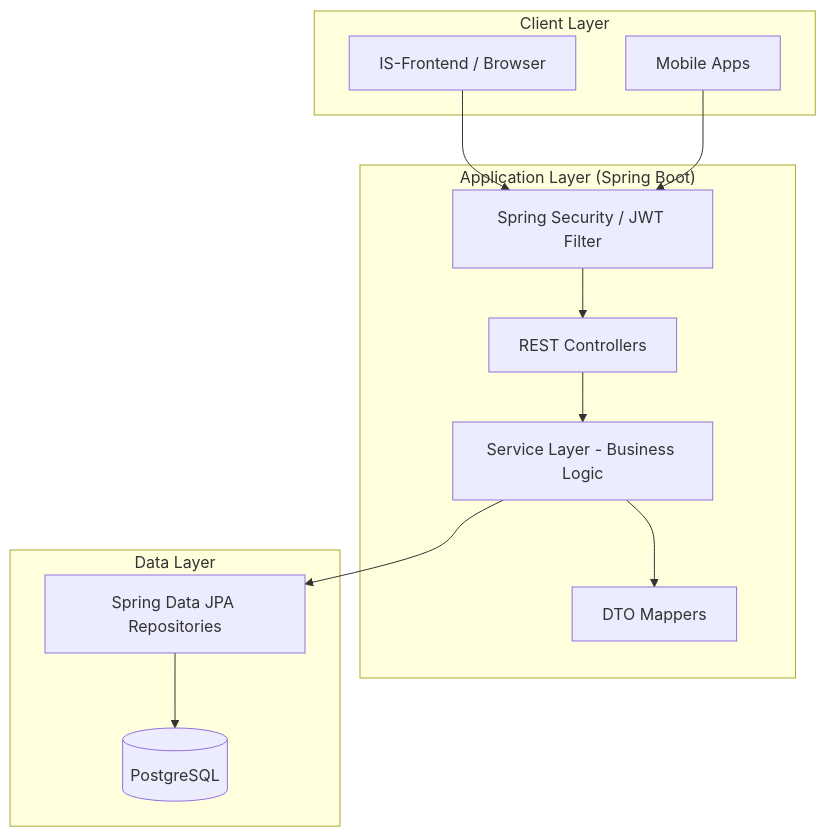
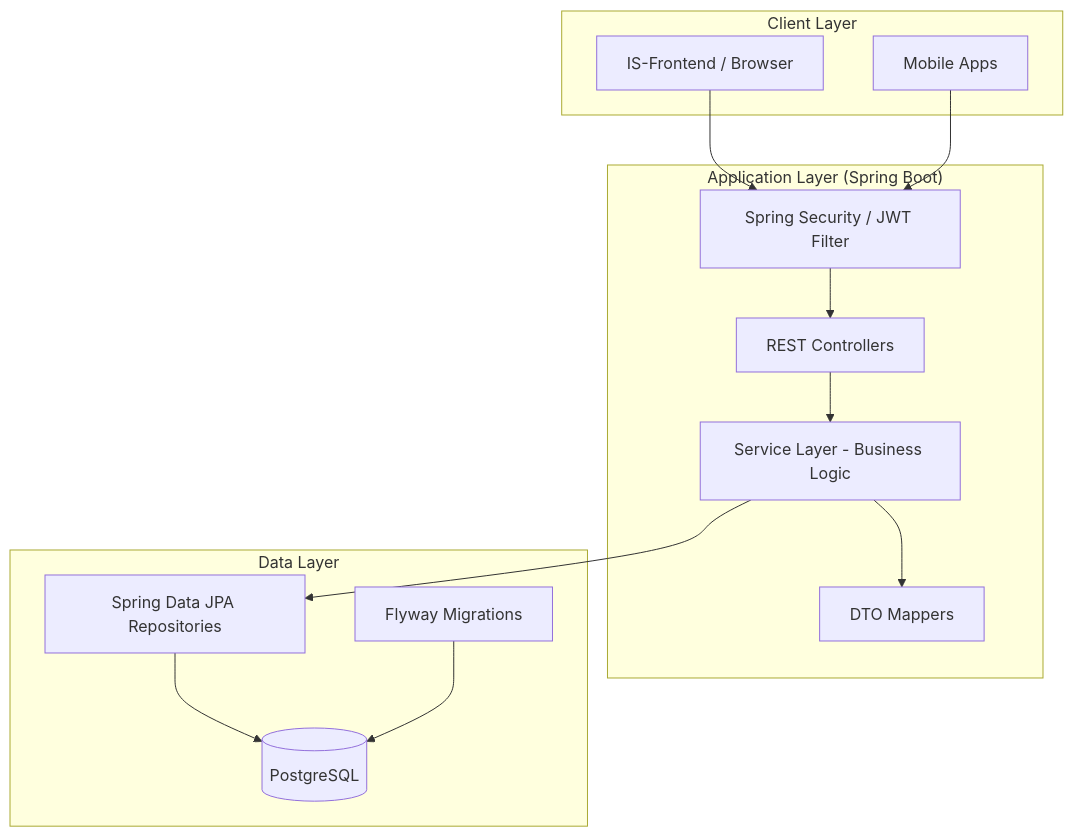
Before and after one commit to ISTEAMX/IS-Backend: the diagram in docs/ARCHITECTURE.md, drawn with Mermaid. The commit also changed other lines of this file and 9 other files, not shown here.

````diff
--- a/docs/ARCHITECTURE.md
+++ b/docs/ARCHITECTURE.md
@@ -25,27 +27,29 @@
 ```mermaid
 graph TD
     subgraph "Client Layer"
         Web[IS-Frontend / Browser]
         Mobile[Mobile Apps]
     end
 
     subgraph "Application Layer (Spring Boot)"
         Controller[REST Controllers]
         Security[Spring Security / JWT Filter]
         Service[Service Layer - Business Logic]
         Mapper[DTO Mappers]
     end
 
     subgraph "Data Layer"
         Repo[Spring Data JPA Repositories]
+        Flyway[Flyway Migrations]
         DB[(PostgreSQL)]
     end
 
     Web --> Security
     Mobile --> Security
     Security --> Controller
     Controller --> Service
     Service --> Repo
     Repo --> DB
+    Flyway --> DB
     Service --> Mapper
 ```
````
